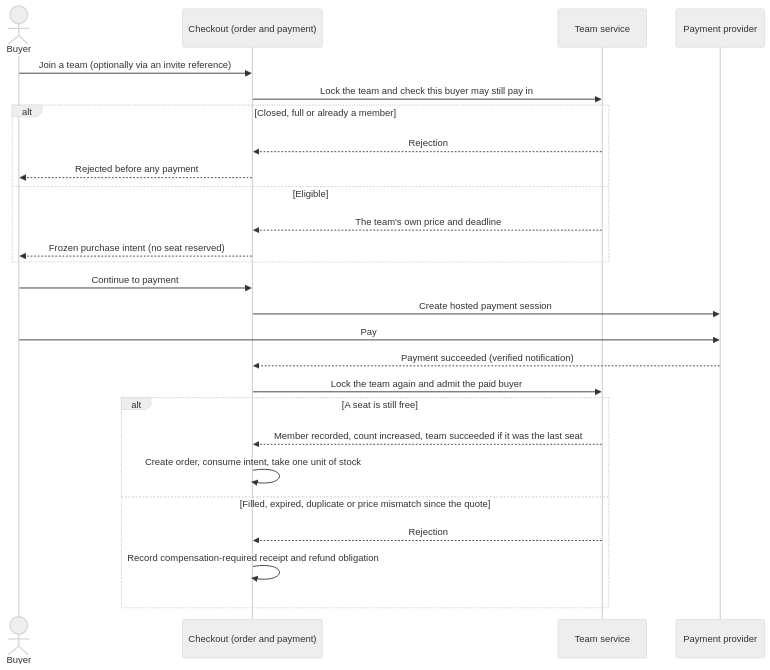
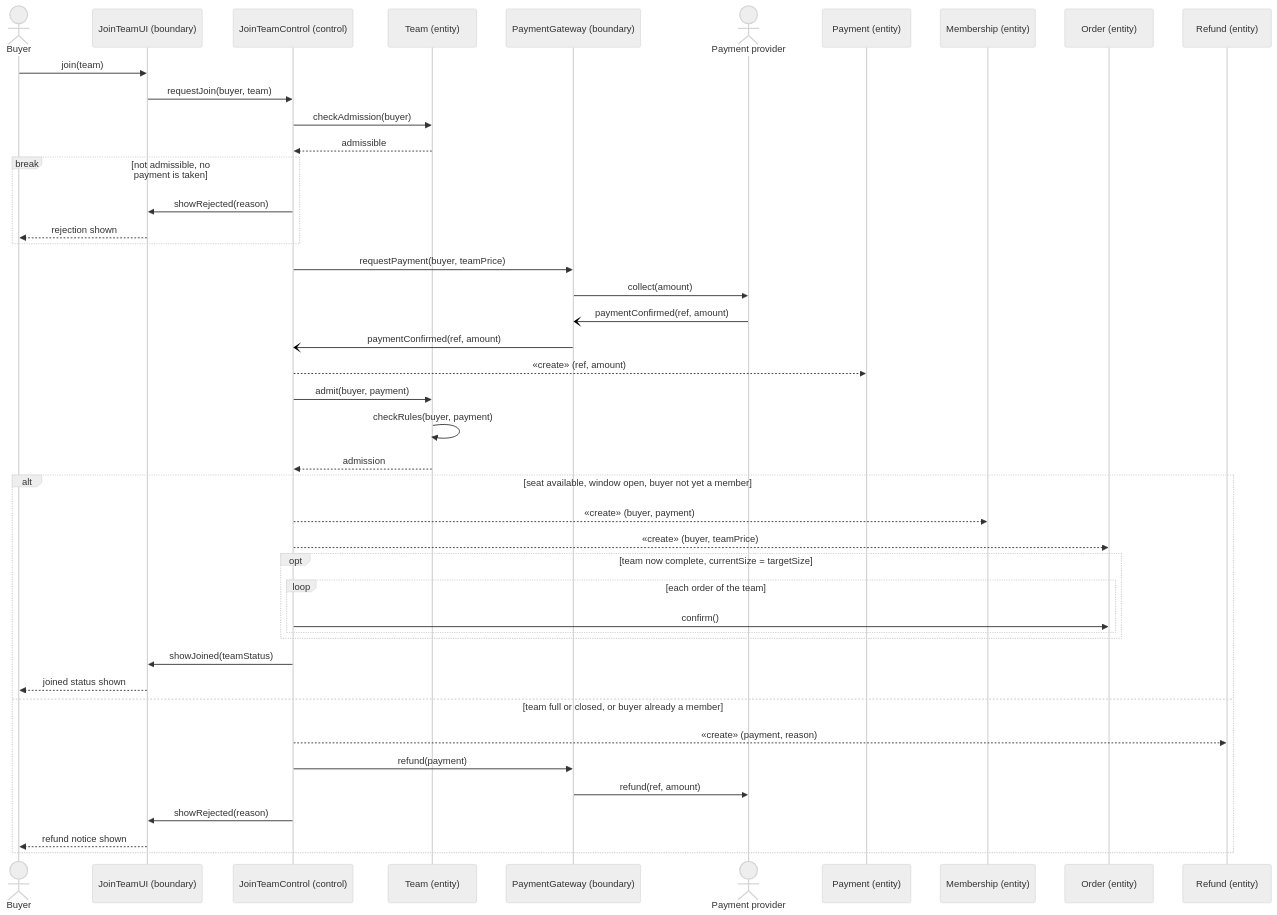
Before and after one commit to PPsyrius/iss-groupbuy-team8: the fourth of 11 diagrams in docs/swe5006/report-drafts/eric-wang-contribution.md, drawn with Mermaid (neutral theme). The commit also changed other lines of this file and 3 other files, not shown here.

````diff
--- a/docs/swe5006/report-drafts/eric-wang-contribution.md
+++ b/docs/swe5006/report-drafts/eric-wang-contribution.md
@@ -138,29 +256,47 @@
 ```mermaid
 sequenceDiagram
     actor Buyer
-    participant Checkout as Checkout (order and payment)
-    participant Team as Team service
-    participant Provider as Payment provider
+    participant UI as JoinTeamUI (boundary)
+    participant Ctl as JoinTeamControl (control)
+    participant Team as Team (entity)
+    participant PG as PaymentGateway (boundary)
+    actor Provider as Payment provider
+    participant Pay as Payment (entity)
+    participant Mem as Membership (entity)
+    participant Ord as Order (entity)
+    participant Ref as Refund (entity)
 
-    Buyer->>Checkout: Join a team (optionally via an invite reference)
-    Checkout->>Team: Lock the team and check this buyer may still pay in
-    alt Closed, full or already a member
-        Team-->>Checkout: Rejection
-        Checkout-->>Buyer: Rejected before any payment
-    else Eligible
-        Team-->>Checkout: The team's own price and deadline
-        Checkout-->>Buyer: Frozen purchase intent (no seat reserved)
+    Buyer->>UI: join(team)
+    UI->>Ctl: requestJoin(buyer, team)
+    Ctl->>Team: checkAdmission(buyer)
+    Team-->>Ctl: admissible
+    break not admissible, no payment is taken
+        Ctl->>UI: showRejected(reason)
+        UI-->>Buyer: rejection shown
     end
-    Buyer->>Checkout: Continue to payment
-    Checkout->>Provider: Create hosted payment session
-    Buyer->>Provider: Pay
-    Provider-->>Checkout: Payment succeeded (verified notification)
-    Checkout->>Team: Lock the team again and admit the paid buyer
-    alt A seat is still free
-        Team-->>Checkout: Member recorded, count increased, team succeeded if it was the last seat
-        Checkout->>Checkout: Create order, consume intent, take one unit of stock
-    else Filled, expired, duplicate or price mismatch since the quote
-        Team-->>Checkout: Rejection
-        Checkout->>Checkout: Record compensation-required receipt and refund obligation
+    Ctl->>PG: requestPayment(buyer, teamPrice)
+    PG->>Provider: collect(amount)
+    Provider-)PG: paymentConfirmed(ref, amount)
+    PG-)Ctl: paymentConfirmed(ref, amount)
+    Ctl-->>Pay: «create» (ref, amount)
+    Ctl->>Team: admit(buyer, payment)
+    Team->>Team: checkRules(buyer, payment)
+    Team-->>Ctl: admission
+    alt seat available, window open, buyer not yet a member
+        Ctl-->>Mem: «create» (buyer, payment)
+        Ctl-->>Ord: «create» (buyer, teamPrice)
+        opt team now complete, currentSize = targetSize
+            loop each order of the team
+                Ctl->>Ord: confirm()
+            end
+        end
+        Ctl->>UI: showJoined(teamStatus)
+        UI-->>Buyer: joined status shown
+    else team full or closed, or buyer already a member
+        Ctl-->>Ref: «create» (payment, reason)
+        Ctl->>PG: refund(payment)
+        PG->>Provider: refund(ref, amount)
+        Ctl->>UI: showRejected(reason)
+        UI-->>Buyer: refund notice shown
     end
 ```
````
